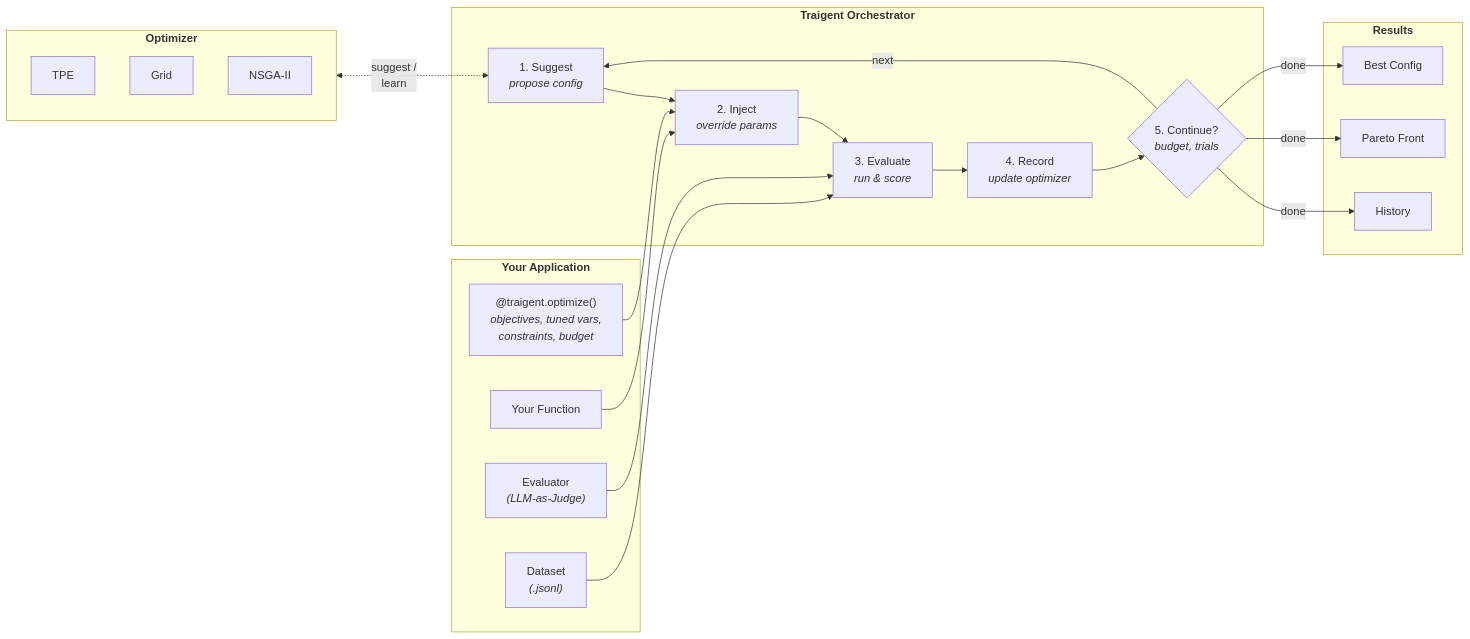
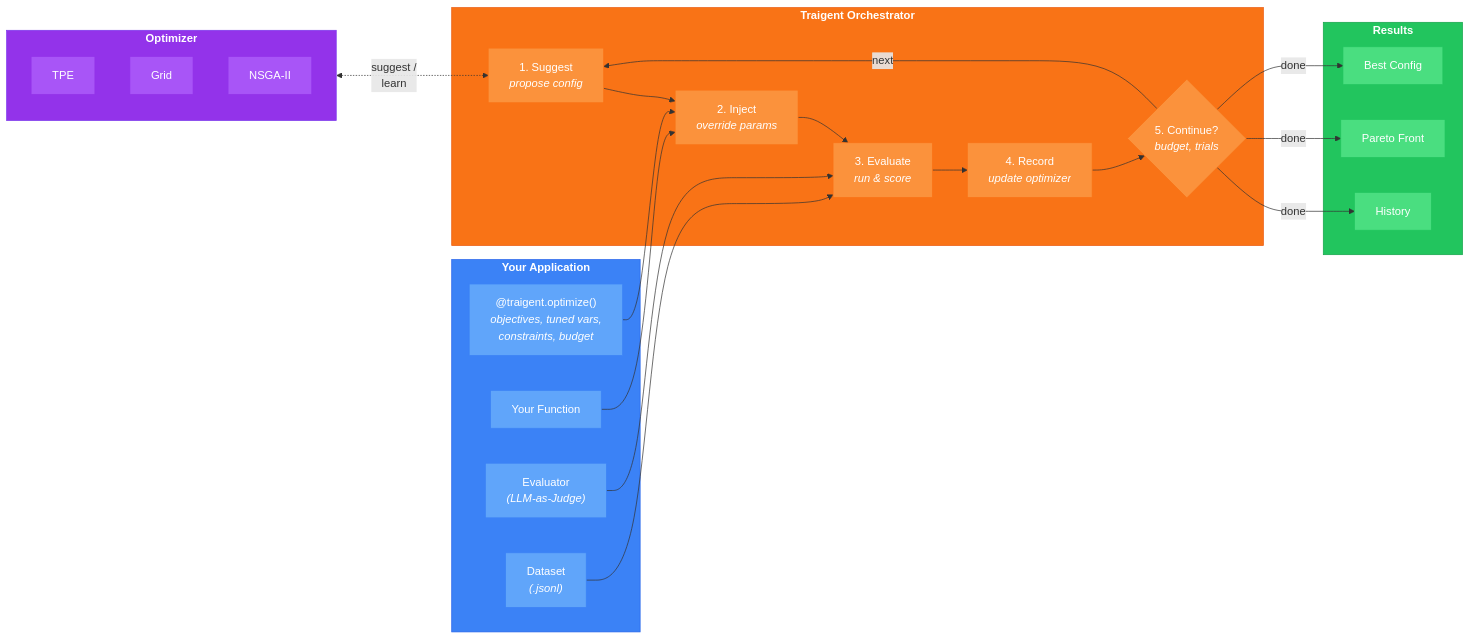
One commit to Traigent/Traigent changed the diagram in README.md. Above: the diagram before and after it, drawn with Mermaid. The commit also changed 1 other file, not shown here.

Commit message:
docs: Add colors to architecture Mermaid diagram
- Purple for Optimizer (TPE, Grid, NSGA-II)
- Blue for Your Application components
- Orange for Traigent Orchestrator steps
- Green for Results outputs

````diff
--- a/README.md
+++ b/README.md
@@ -45,43 +45,68 @@
 ```mermaid
 flowchart LR
     subgraph Optimizer["<b>Optimizer</b>"]
         TPE["TPE"]
         Grid["Grid"]
         NSGA["NSGA-II"]
     end
 
     subgraph App["<b>Your Application</b>"]
         Decorator["@traigent.optimize()<br/><i>objectives, tuned vars,<br/>constraints, budget</i>"]
         Function["Your Function"]
         Evaluator["Evaluator<br/><i>(LLM-as-Judge)</i>"]
         Dataset["Dataset<br/><i>(.jsonl)</i>"]
     end
 
     subgraph Orchestrator["<b>Traigent Orchestrator</b>"]
         Suggest["1. Suggest<br/><i>propose config</i>"]
         Inject["2. Inject<br/><i>override params</i>"]
         Evaluate["3. Evaluate<br/><i>run & score</i>"]
         Record["4. Record<br/><i>update optimizer</i>"]
         Continue{"5. Continue?<br/><i>budget, trials</i>"}
     end
 
     subgraph Results["<b>Results</b>"]
         History["History"]
         Pareto["Pareto Front"]
         Best["Best Config"]
     end
 
     Optimizer <-..->|suggest /<br/>learn| Suggest
     Decorator --> Inject
     Function --> Inject
     Suggest --> Inject
     Inject --> Evaluate
     Evaluator --> Evaluate
     Dataset --> Evaluate
     Evaluate --> Record
     Record --> Continue
     Continue -->|next| Suggest
     Continue -->|done| History
     Continue -->|done| Pareto
     Continue -->|done| Best
+
+    %% Styling
+    style Optimizer fill:#9333ea,stroke:#7c3aed,color:#fff
+    style App fill:#3b82f6,stroke:#2563eb,color:#fff
+    style Orchestrator fill:#f97316,stroke:#ea580c,color:#fff
+    style Results fill:#22c55e,stroke:#16a34a,color:#fff
+
+    style TPE fill:#a855f7,stroke:#9333ea,color:#fff
+    style Grid fill:#a855f7,stroke:#9333ea,color:#fff
+    style NSGA fill:#a855f7,stroke:#9333ea,color:#fff
+
+    style Decorator fill:#60a5fa,stroke:#3b82f6,color:#fff
+    style Function fill:#60a5fa,stroke:#3b82f6,color:#fff
+    style Evaluator fill:#60a5fa,stroke:#3b82f6,color:#fff
+    style Dataset fill:#60a5fa,stroke:#3b82f6,color:#fff
+
+    style Suggest fill:#fb923c,stroke:#f97316,color:#fff
+    style Inject fill:#fb923c,stroke:#f97316,color:#fff
+    style Evaluate fill:#fb923c,stroke:#f97316,color:#fff
+    style Record fill:#fb923c,stroke:#f97316,color:#fff
+    style Continue fill:#fb923c,stroke:#f97316,color:#fff
+
+    style History fill:#4ade80,stroke:#22c55e,color:#fff
+    style Pareto fill:#4ade80,stroke:#22c55e,color:#fff
+    style Best fill:#4ade80,stroke:#22c55e,color:#fff
 ```
````
